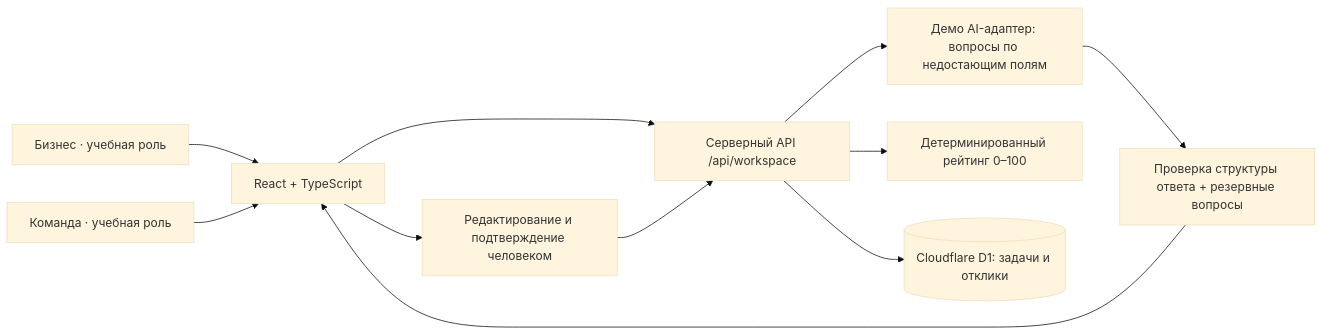
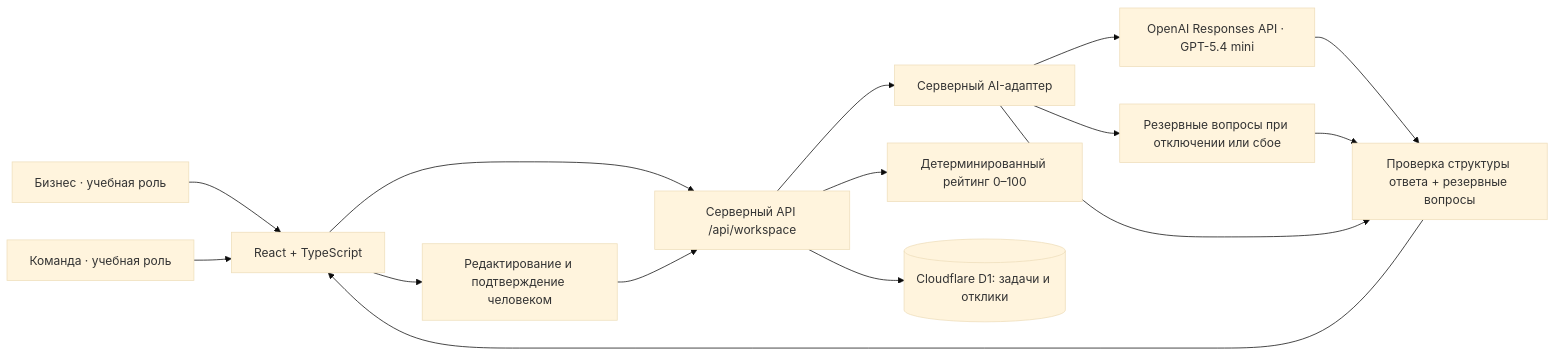
The diagram in docs/ARCHITECTURE.md (BAITC-Hacks/hack-0f8b3a7c-doublemid), drawn with Mermaid (base theme) before and after one commit. The commit also changed other lines of this file and 29 other files, not shown here.

````diff
--- a/docs/ARCHITECTURE.md
+++ b/docs/ARCHITECTURE.md
@@ -3,13 +3,17 @@
 ```mermaid
 flowchart LR
   B[Бизнес · учебная роль] --> UI[React + TypeScript]
   T[Команда · учебная роль] --> UI
   UI --> API[Серверный API /api/workspace]
-  API --> Q[Демо AI-адаптер: вопросы по недостающим полям]
+  API --> Q[Серверный AI-адаптер]
+  Q --> O[OpenAI Responses API · GPT-5.4 mini]
+  Q --> F[Резервные вопросы при отключении или сбое]
+  O --> V
+  F --> V
   Q --> V[Проверка структуры ответа + резервные вопросы]
   V --> UI
   API --> R[Детерминированный рейтинг 0–100]
   API --> DB[(Cloudflare D1: задачи и отклики)]
   UI --> C[Редактирование и подтверждение человеком]
   C --> API
 ```
````
